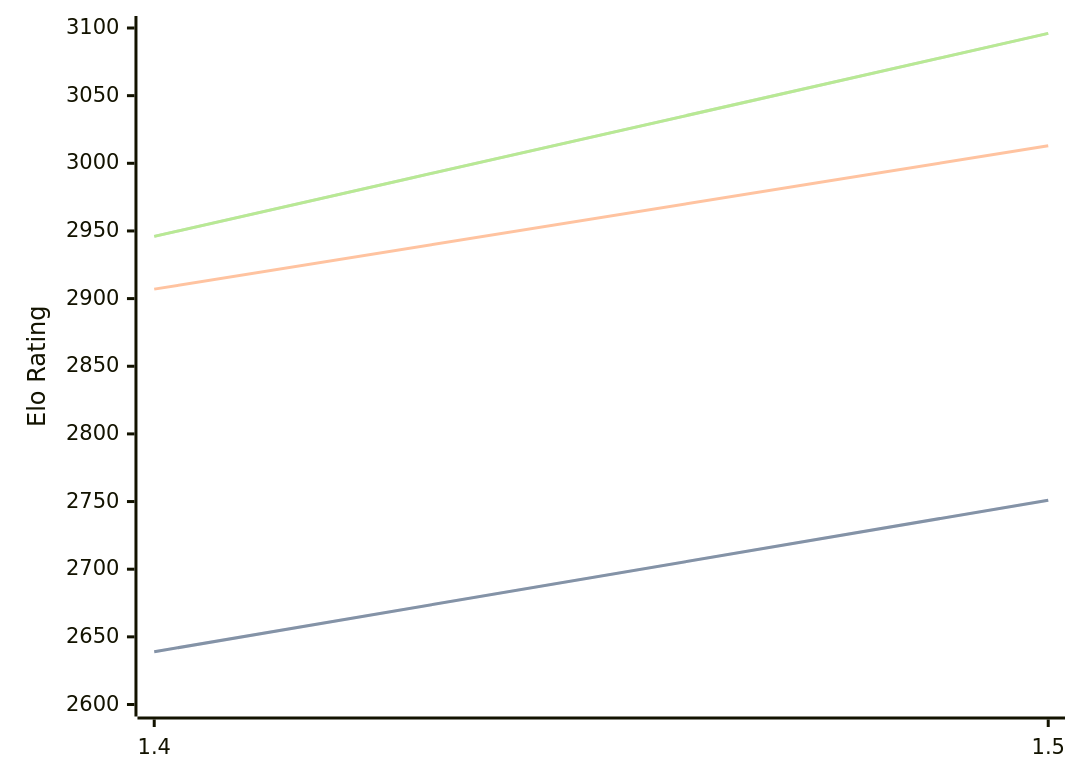
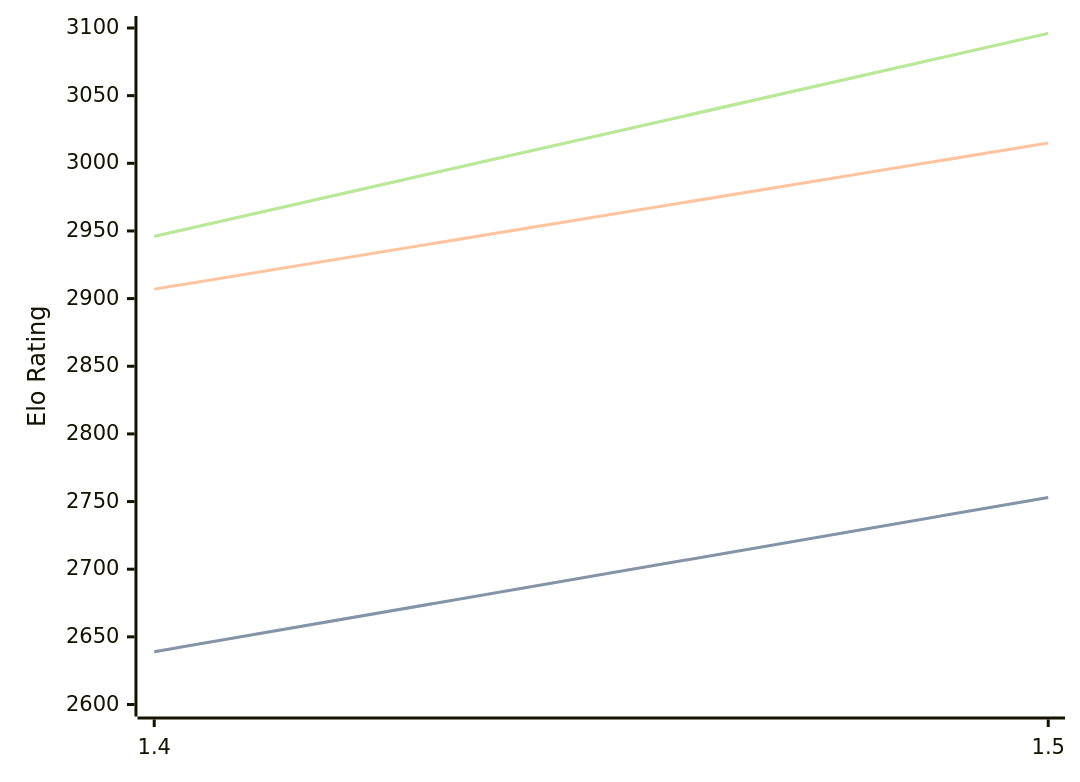
One commit to computer-chess-index/cci changed the diagram in engines/Yakka.md. Above: the diagram before and after it, drawn with Mermaid. The commit also changed other lines of this file, not shown here.

````diff
--- a/engines/Yakka.md
+++ b/engines/Yakka.md
@@ -36,11 +36,11 @@
 ```mermaid
 %%{init: {"theme":"base","themeVariables":{"seriesColors:['#a3a3a3','#222221','#faa371']}}}%%
 xychart-beta
   x-axis ["1.4", "1.5"]
   y-axis "Elo Rating" 2600 --> 3100
-  line "STC (8.0+0.08s)" [2639, 2751]
-  line "STC (8.0+0.08s)" [2639, 2751]
-  line "LTC (60.0+0.60s)" [2907, 3013]
+  line "STC (8.0+0.08s)" [2639, 2753]
+  line "STC (8.0+0.08s)" [2639, 2753]
+  line "LTC (60.0+0.60s)" [2907, 3015]
   line "VLTC (2m24s+1.12s)" [2946, 3096]
   line "VLTC (2m24s+1.12s)" [2946, 3096]
 ```
````
